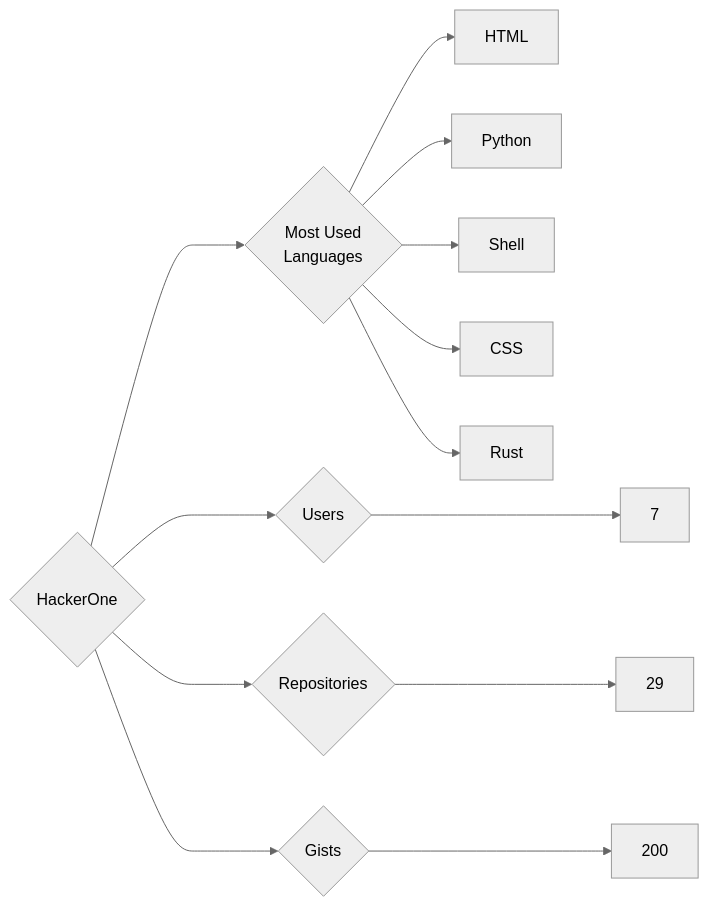
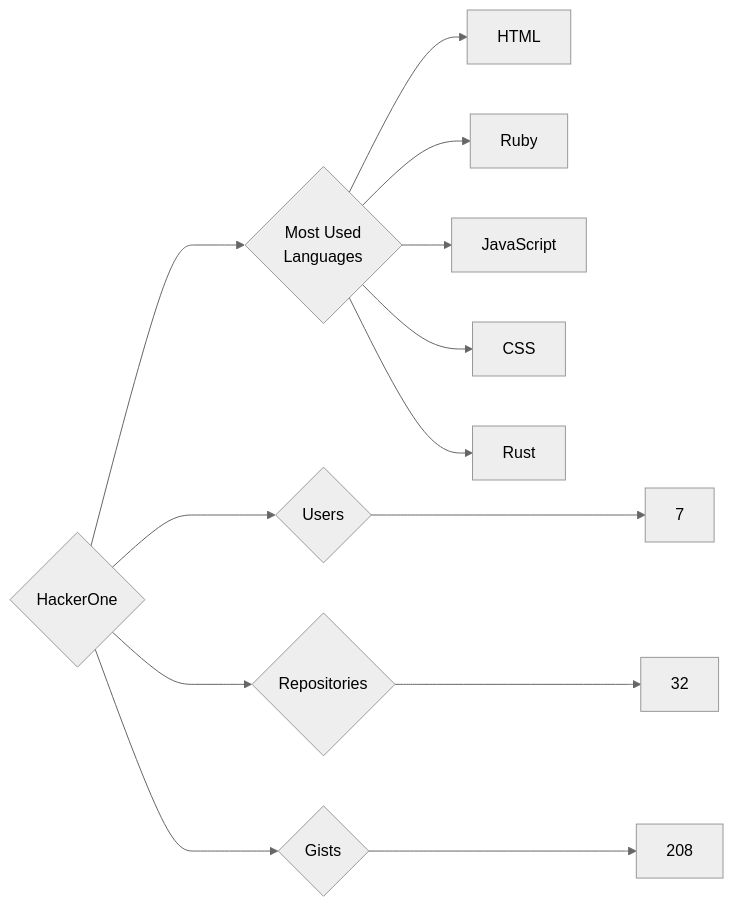
One commit to trickest/insiders changed the diagram in targets/HackerOne/README.md. Above: the diagram before and after it, drawn with Mermaid (neutral theme). The commit also changed 985 other files, not shown here.

````diff
--- a/targets/HackerOne/README.md
+++ b/targets/HackerOne/README.md
@@ -3,13 +3,13 @@
 ```mermaid
 graph LR
 COMPANY_NAME{HackerOne}
 COMPANY_NAME ---> U{Users} ---> UN[7]
-COMPANY_NAME ---> R{Repositories} ---> RN[29]
-COMPANY_NAME ---> G{Gists} ---> GN[200]
+COMPANY_NAME ---> R{Repositories} ---> RN[32]
+COMPANY_NAME ---> G{Gists} ---> GN[208]
 COMPANY_NAME ---> ML{Most Used<br>Languages}
 ML --> HTML[HTML]
-ML --> Python[Python]
-ML --> Shell[Shell]
+ML --> Ruby[Ruby]
+ML --> JavaScript[JavaScript]
 ML --> CSS[CSS]
 ML --> Rust[Rust]
 ```
````
